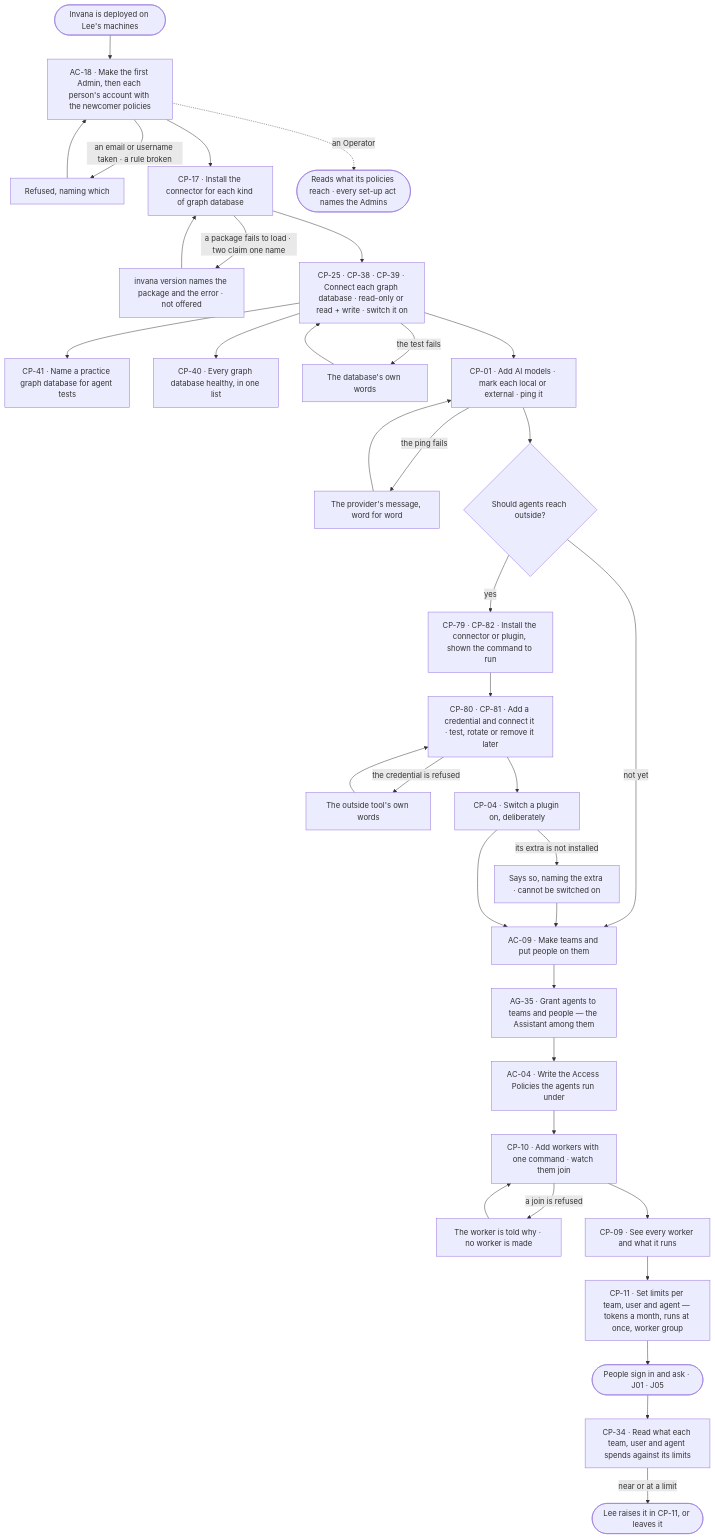
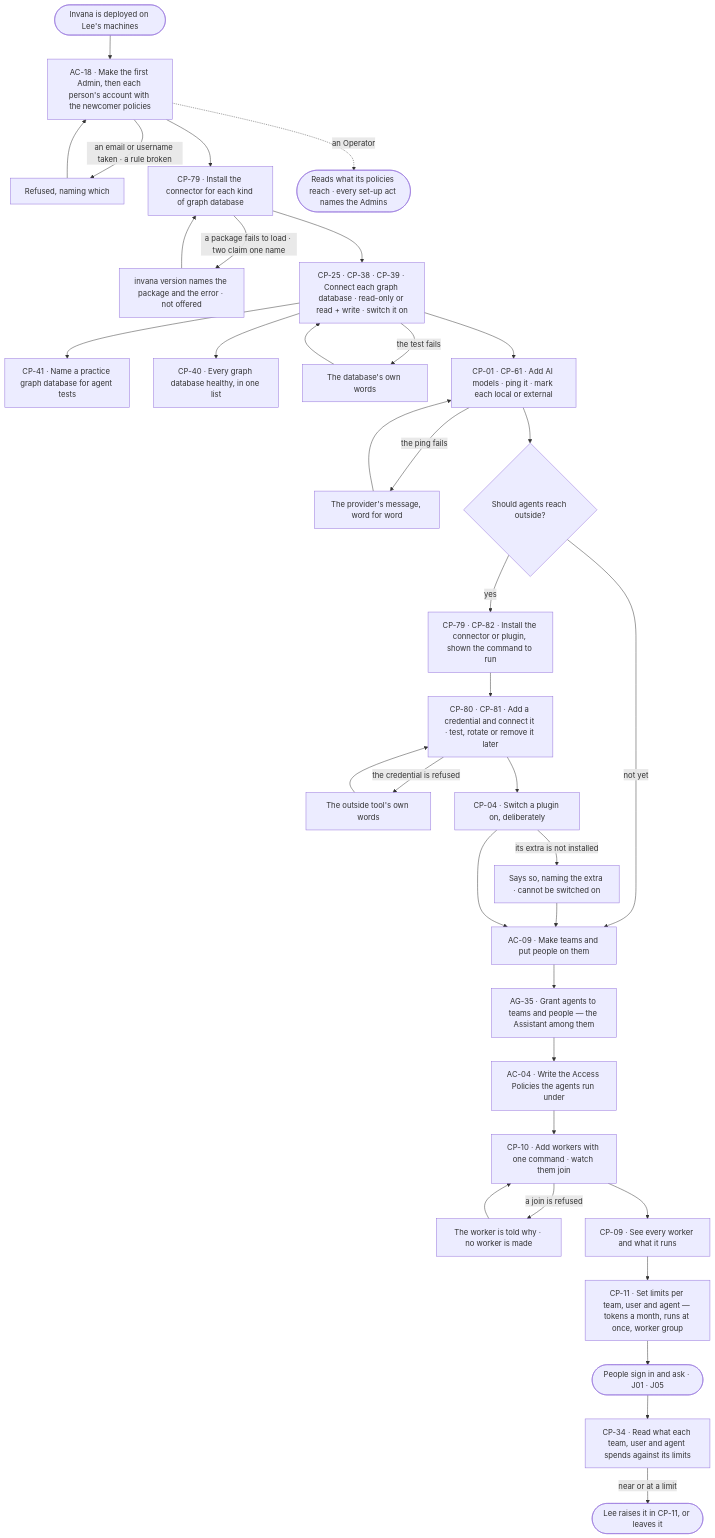
The diagram in specs/journeys/J07-ready-a-deployment.md (invana/invana), drawn with Mermaid before and after one commit. The commit also changed other lines of this file and 156 other files, not shown here.

Commit message:
wip(platform-design-3): P02 · steps 1-4 — section 4, E2E sweep, merges, flow boards, journeys

````diff
--- a/specs/journeys/J07-ready-a-deployment.md
+++ b/specs/journeys/J07-ready-a-deployment.md
@@ -17,31 +17,31 @@
 ```mermaid
 flowchart TD
   A([Invana is deployed on Lee's machines]) --> B["AC-18 · Make the first Admin, then each person's account with the newcomer policies"]
   B -->|an email or username taken · a rule broken| B1["Refused, naming which"] --> B
-  B --> C["CP-17 · Install the connector for each kind of graph database"]
+  B --> C["CP-79 · Install the connector for each kind of graph database"]
   C -->|a package fails to load · two claim one name| C1["invana version names the package and the error · not offered"] --> C
   C --> D["CP-25 · CP-38 · CP-39 · Connect each graph database · read-only or read + write · switch it on"]
   D --> D2["CP-41 · Name a practice graph database for agent tests"]
   D --> D3["CP-40 · Every graph database healthy, in one list"]
   D -->|the test fails| D1["The database's own words"] --> D
-  D --> E["CP-01 · Add AI models · mark each local or external · ping it"]
+  D --> E["CP-01 · CP-61 · Add AI models · ping it · mark each local or external"]
   E -->|the ping fails| E1["The provider's message, word for word"] --> E
   E --> F{"Should agents reach outside?"}
   F -->|yes| F1["CP-79 · CP-82 · Install the connector or plugin, shown the command to run"]
   F -->|not yet| T
   F1 --> F4["CP-80 · CP-81 · Add a credential and connect it · test, rotate or remove it later"]
   F4 -->|the credential is refused| F5["The outside tool's own words"] --> F4
   F4 --> F2["CP-04 · Switch a plugin on, deliberately"]
   F2 -->|its extra is not installed| F3["Says so, naming the extra · cannot be switched on"] --> T
   F2 --> T["AC-09 · Make teams and put people on them"]
   T --> G["AG-35 · Grant agents to teams and people — the Assistant among them"]
   G --> P["AC-04 · Write the Access Policies the agents run under"]
   P --> W["CP-10 · Add workers with one command · watch them join"]
   W -->|a join is refused| W1["The worker is told why · no worker is made"] --> W
   W --> H["CP-09 · See every worker and what it runs"]
   H --> I["CP-11 · Set limits per team, user and agent — tokens a month, runs at once, worker group"]
   I --> J(["People sign in and ask · J01 · J05"])
   J --> K["CP-34 · Read what each team, user and agent spends against its limits"]
   K -->|near or at a limit| L(["Lee raises it in CP-11, or leaves it"])
   B -.->|an Operator| N(["Reads what its policies reach · every set-up act names the Admins"])
 ```
````
